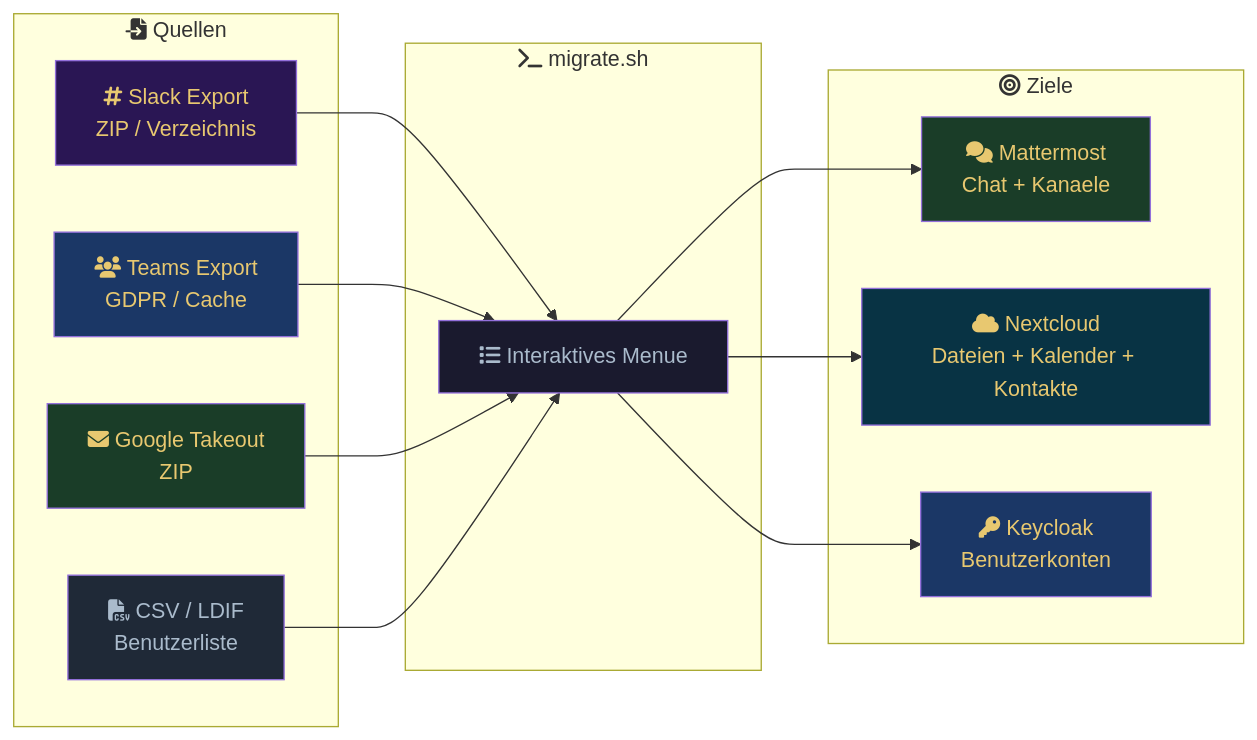
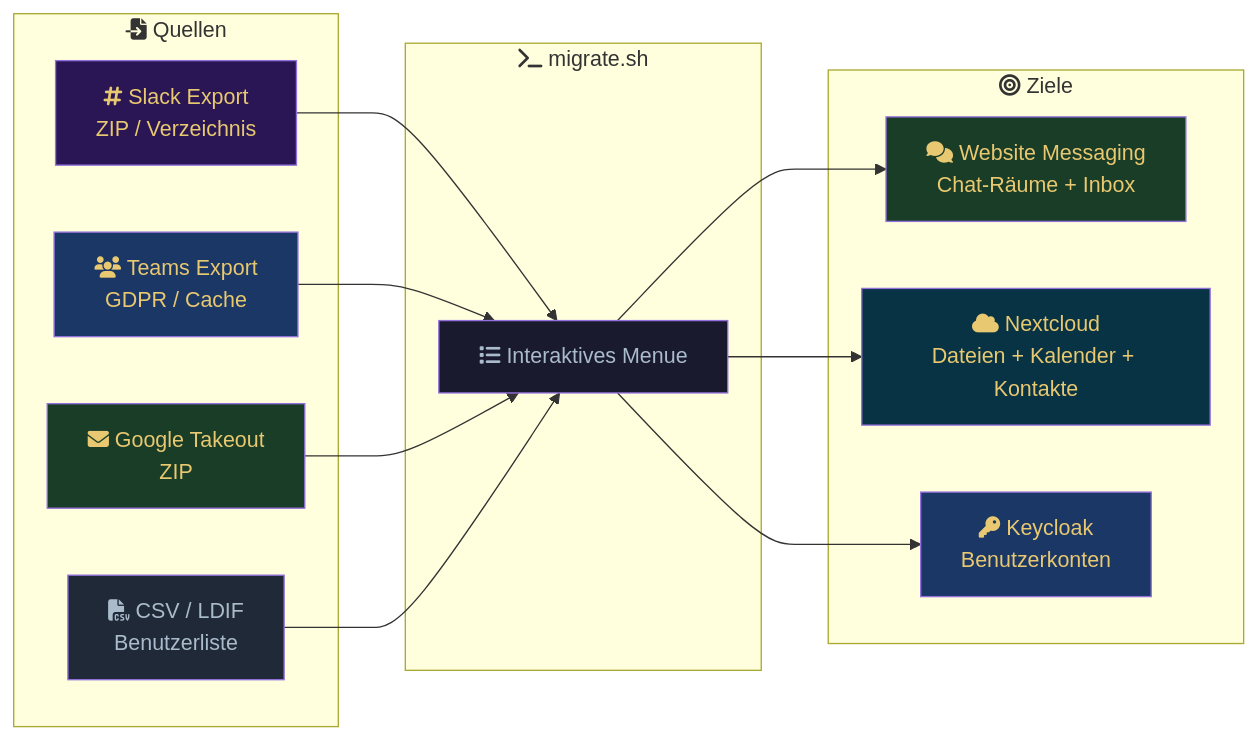
The diagram in docs/migration.md (Paddione/Bachelorprojekt), drawn with Mermaid before and after one commit. The commit also changed other lines of this file and 12 other files, not shown here.

First line of the commit message:
docs: update handbooks to reflect current architecture

````diff
--- a/docs/migration.md
+++ b/docs/migration.md
@@ -20,37 +20,37 @@
 ```mermaid
 flowchart LR
     subgraph Quellen ["fa:fa-file-import Quellen"]
         SL["fa:fa-hashtag Slack Export<br/>ZIP / Verzeichnis"]
         TE["fa:fa-users Teams Export<br/>GDPR / Cache"]
         GO["fa:fa-envelope Google Takeout<br/>ZIP"]
         CSV["fa:fa-file-csv CSV / LDIF<br/>Benutzerliste"]
     end
 
     subgraph script ["fa:fa-terminal migrate.sh"]
         M["fa:fa-list Interaktives Menue"]
     end
 
     subgraph Ziele ["fa:fa-bullseye Ziele"]
-        MM["fa:fa-comments Mattermost<br/>Chat + Kanaele"]
+        MSG["fa:fa-comments Website Messaging<br/>Chat-Räume + Inbox"]
         NC["fa:fa-cloud Nextcloud<br/>Dateien + Kalender + Kontakte"]
         KC["fa:fa-key Keycloak<br/>Benutzerkonten"]
     end
 
     SL --> M
     TE --> M
     GO --> M
     CSV --> M
 
-    M --> MM
+    M --> MSG
     M --> NC
     M --> KC
 
     style SL fill:#2a1654,color:#e8c870
     style TE fill:#1b3766,color:#e8c870
     style GO fill:#1a3d28,color:#e8c870
     style CSV fill:#1f2937,color:#aabbcc
     style M fill:#1a1a2e,color:#aabbcc
-    style MM fill:#1a3d28,color:#e8c870
+    style MSG fill:#1a3d28,color:#e8c870
     style NC fill:#083344,color:#e8c870
     style KC fill:#1b3766,color:#e8c870
 ```
````
